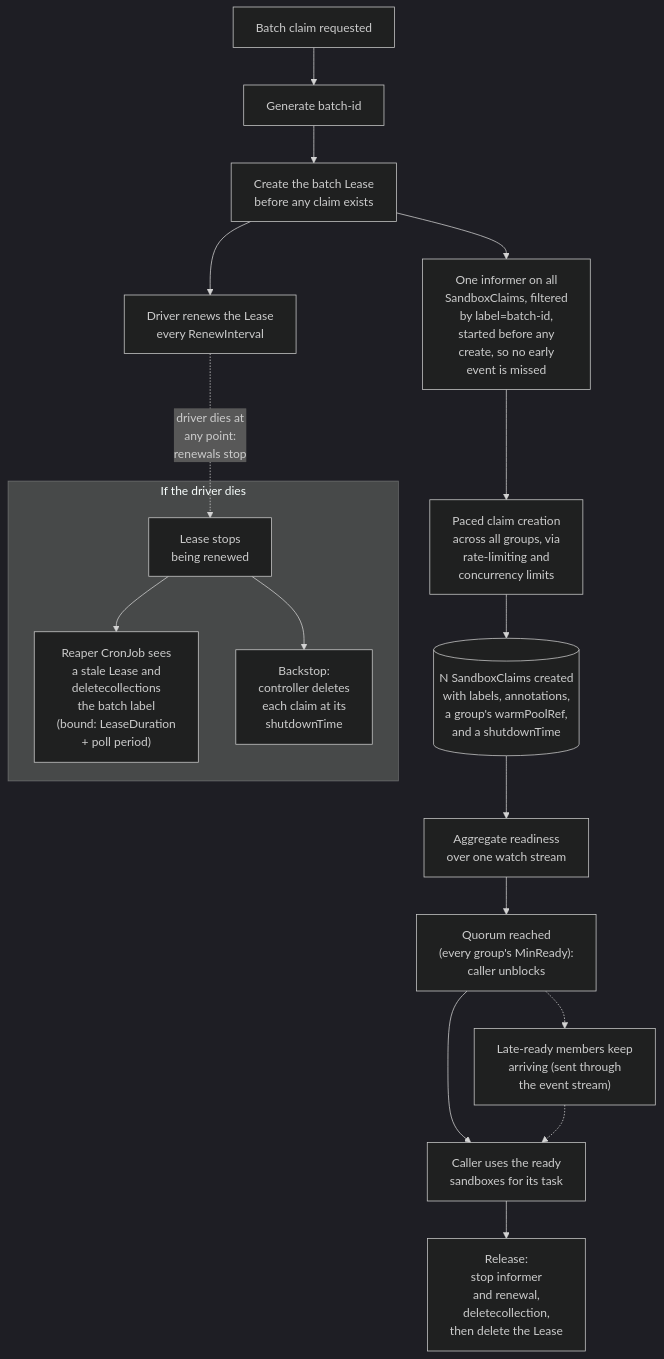
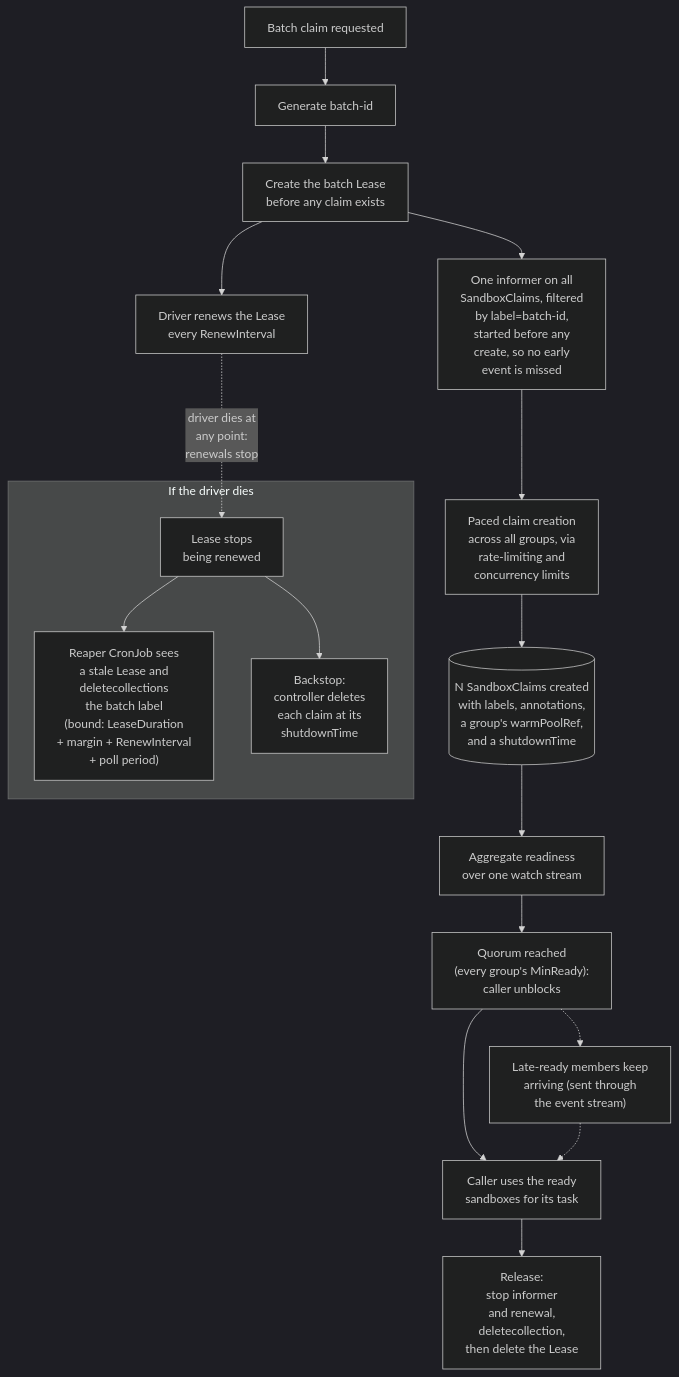
The diagram in batch-primitives/batch_claim_proposal.md (briankhoi/agent-sandbox), drawn with Mermaid (dark theme) before and after one commit. The commit also changed other lines of this file, not shown here.

First line of the commit message:
notes: apply the approved API review and reaper decisions to the proposal

````diff
--- a/batch-primitives/batch_claim_proposal.md
+++ b/batch-primitives/batch_claim_proposal.md
@@ -119,30 +128,30 @@
 ```mermaid
 flowchart TD
     Start["Batch claim requested"]
     Mint["Generate batch-id"]
     Lease["Create the batch Lease<br/>before any claim exists"]
     Watch["One informer on all<br/>SandboxClaims, filtered<br/>by label=batch-id,<br/>started before any<br/>create, so no early<br/>event is missed"]
     Create["Paced claim creation<br/>across all groups, via<br/>rate-limiting and<br/>concurrency limits"]
     Claims[("N SandboxClaims created<br/>with labels, annotations,<br/>a group's warmPoolRef,<br/>and a shutdownTime")]
     Aggregate["Aggregate readiness<br/>over one watch stream"]
     Quorum["Quorum reached<br/>(every group's MinReady):<br/>caller unblocks"]
     Work["Caller uses the ready<br/>sandboxes for its task"]
     LateReady["Late-ready members keep<br/>arriving (sent through<br/>the event stream)"]
     Release["Release:<br/>stop informer<br/>and renewal,<br/>deletecollection,<br/>then delete the Lease"]
     Renew["Driver renews the Lease<br/>every RenewInterval"]
 
     Start --> Mint --> Lease --> Watch --> Create --> Claims
     Claims --> Aggregate --> Quorum --> Work --> Release
     Quorum -.-> LateReady -.-> Work
     Lease --> Renew
 
     subgraph CrashSafety["If the driver dies"]
       NoRenew["Lease stops<br/>being renewed"]
-      Reaper["Reaper CronJob sees<br/>a stale Lease and<br/>deletecollections<br/>the batch label<br/>(bound: LeaseDuration<br/>+ poll period)"]
+      Reaper["Reaper CronJob sees<br/>a stale Lease and<br/>deletecollections<br/>the batch label<br/>(bound: LeaseDuration<br/>+ margin + RenewInterval<br/>+ poll period)"]
       Cap["Backstop:<br/>controller deletes<br/>each claim at its<br/>shutdownTime"]
       NoRenew --> Reaper
       NoRenew --> Cap
     end
 
     Renew -.->|driver dies at<br/>any point:<br/>renewals stop| NoRenew
 ```
````
